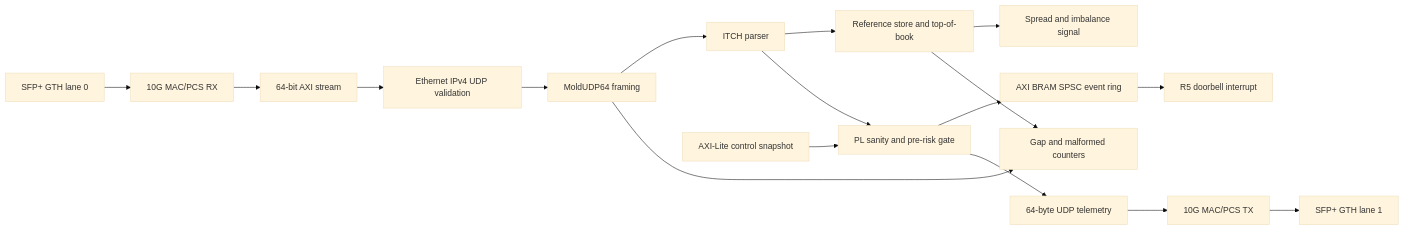
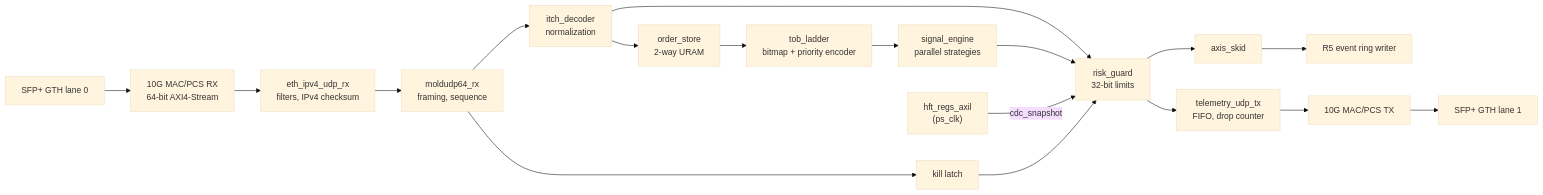
Before and after one commit to ps-chong/hft-toy-project: the first of 2 diagrams in docs/architecture/fpga.md, drawn with Mermaid (base theme). The commit also changed other lines of this file and 74 other files, not shown here.

First line of the commit message:
docs: README with figures, workflow guides and refreshed architecture

````diff
--- a/docs/architecture/fpga.md
+++ b/docs/architecture/fpga.md
@@ -5,19 +10,18 @@
 ```mermaid
 flowchart LR
-    SfpRx["SFP+ GTH lane 0"] --> MacRx["10G MAC/PCS RX"]
-    MacRx --> Axis["64-bit AXI stream"]
-    Axis --> Udp["Ethernet IPv4 UDP validation"]
-    Udp --> Mold["MoldUDP64 framing"]
-    Mold --> Itch["ITCH parser"]
-    Itch --> Book["Reference store and top-of-book"]
-    Book --> Signal["Spread and imbalance signal"]
-    Itch --> PreRisk["PL sanity and pre-risk gate"]
-    PreRisk --> Ring["AXI BRAM SPSC event ring"]
-    Ring --> IRQ["R5 doorbell interrupt"]
-    Control["AXI-Lite control snapshot"] --> PreRisk
-    Mold --> Counters["Gap and malformed counters"]
-    Book --> Counters
-    PreRisk --> Telemetry["64-byte UDP telemetry"]
-    Telemetry --> MacTx["10G MAC/PCS TX"]
-    MacTx --> SfpTx["SFP+ GTH lane 1"]
+    SfpRx["SFP+ GTH lane 0"] --> MacRx["10G MAC/PCS RX<br/>64-bit AXI4-Stream"]
+    MacRx --> Udp["eth_ipv4_udp_rx<br/>filters, IPv4 checksum"]
+    Udp --> Mold["moldudp64_rx<br/>framing, sequence"]
+    Mold --> Itch["itch_decoder<br/>normalization"]
+    Itch --> Store["order_store<br/>2-way URAM"]
+    Store --> Ladder["tob_ladder<br/>bitmap + priority encoder"]
+    Ladder --> Signal["signal_engine<br/>parallel strategies"]
+    Itch --> Risk["risk_guard<br/>32-bit limits"]
+    Signal --> Risk
+    Risk --> Skid["axis_skid"] --> R5["R5 event ring writer"]
+    Risk --> Telemetry["telemetry_udp_tx<br/>FIFO, drop counter"]
+    Telemetry --> MacTx["10G MAC/PCS TX"] --> SfpTx["SFP+ GTH lane 1"]
+    Regs["hft_regs_axil<br/>(ps_clk)"] -->|cdc_snapshot| Risk
+    Mold --> Kill["kill latch"]
+    Kill --> Risk
 ```
````
